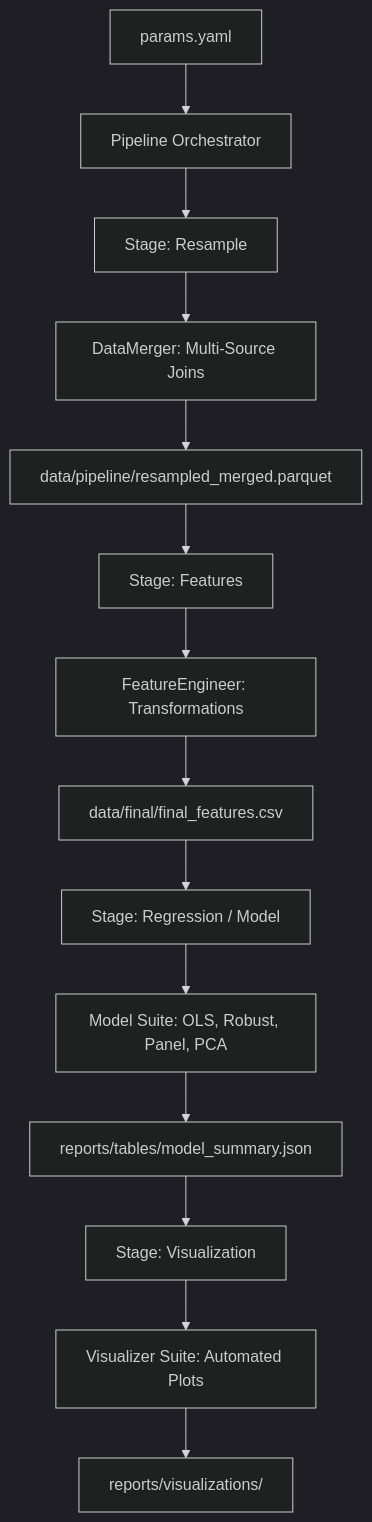
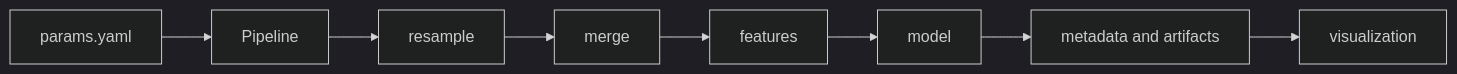
Before and after one commit to corybaird/stats-transformer: the diagram in docs/library/architecture.md, drawn with Mermaid (dark theme). The commit also changed other lines of this file and 2 other files, not shown here.

Commit message:
DOCS Update architecture and file structure docs

````diff
--- a/docs/library/architecture.md
+++ b/docs/library/architecture.md
@@ -9,16 +18,10 @@
 ```mermaid
-graph TD
-    A[params.yaml] --> B[Pipeline Orchestrator]
-    B --> C[Stage: Resample]
-    C --> D[DataMerger: Multi-Source Joins]
-    D --> E[data/pipeline/resampled_merged.parquet]
-    E --> F[Stage: Features]
-    F --> G[FeatureEngineer: Transformations]
-    G --> H[data/final/final_features.csv]
-    H --> I[Stage: Regression / Model]
-    I --> J[Model Suite: OLS, Robust, Panel, PCA]
-    J --> K[reports/tables/model_summary.json]
-    K --> L[Stage: Visualization]
-    L --> M[Visualizer Suite: Automated Plots]
-    M --> N[reports/visualizations/]
+flowchart LR
+    A[params.yaml] --> B[Pipeline]
+    B --> C[resample]
+    C --> D[merge]
+    D --> E[features]
+    E --> F[model]
+    F --> G[metadata and artifacts]
+    G --> H[visualization]
 ```
````
